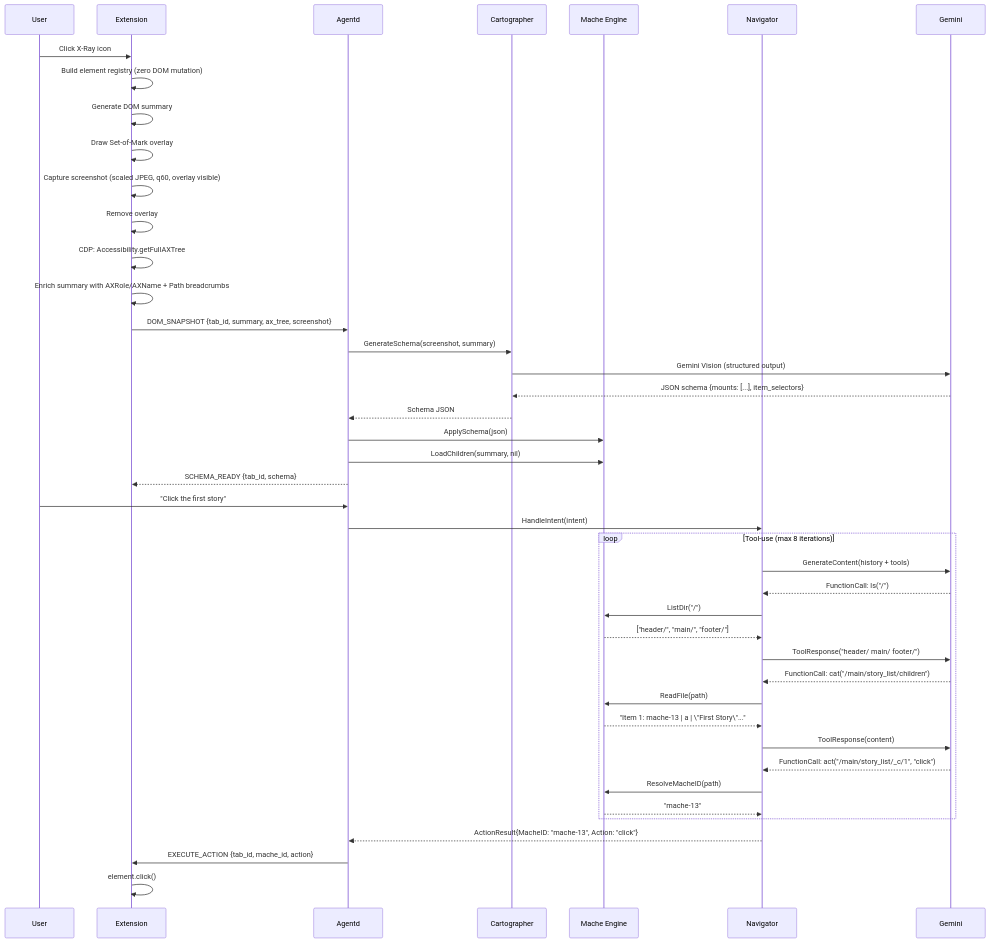
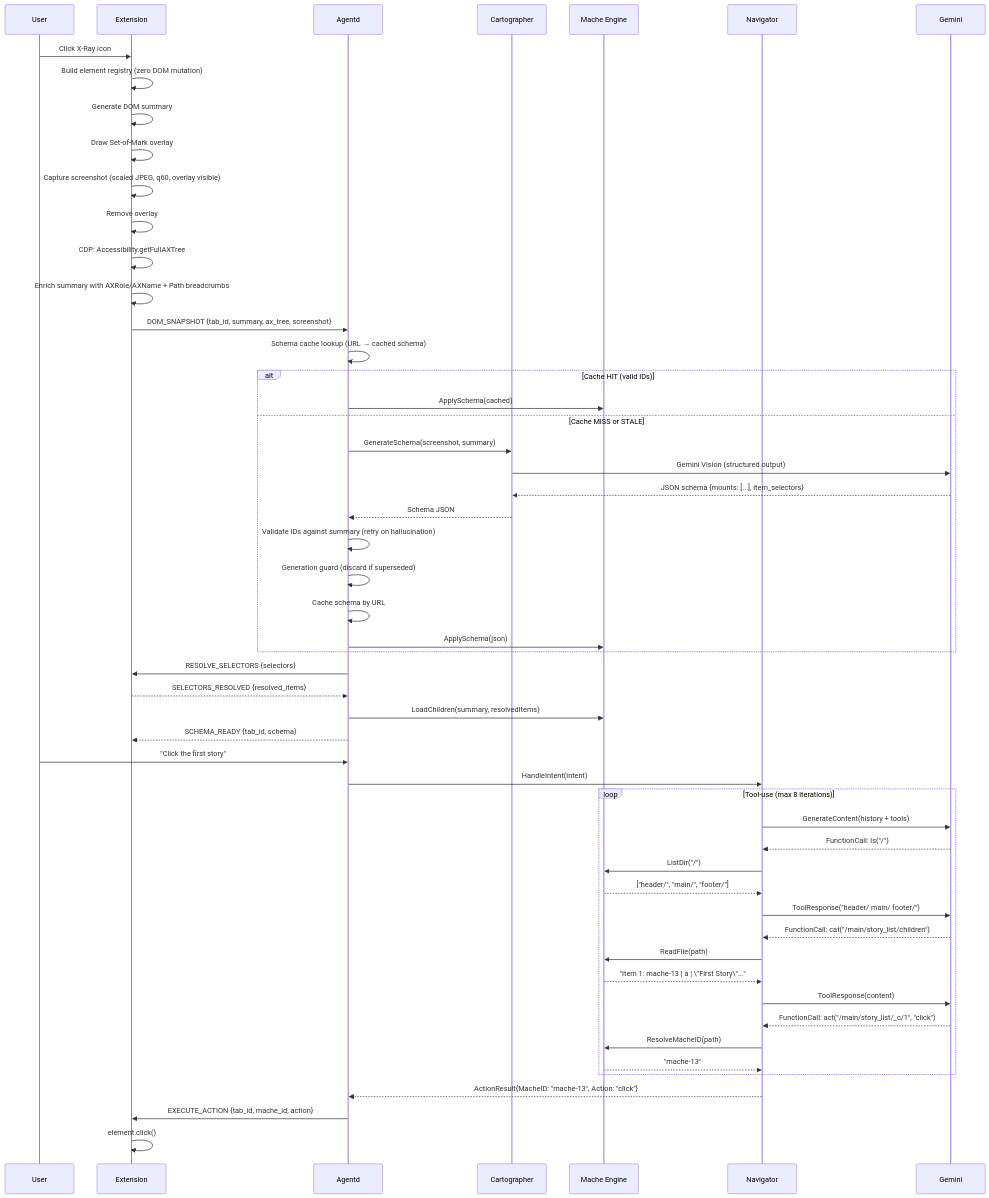
Before and after one commit to agentic-research/x-ray: the second of 7 diagrams in docs/ARCHITECTURE.md, drawn with Mermaid. The commit also changed other lines of this file, not shown here.

First line of the commit message:
docs: Update ARCHITECTURE.md with voice daemon, schema cache, rescan flows

````diff
--- a/docs/ARCHITECTURE.md
+++ b/docs/ARCHITECTURE.md
@@ -54,53 +59,62 @@
 ```mermaid
 sequenceDiagram
     participant U as User
     participant E as Extension
     participant A as Agentd
     participant C as Cartographer
     participant M as Mache Engine
     participant N as Navigator
     participant G as Gemini
 
     U->>E: Click X-Ray icon
     E->>E: Build element registry (zero DOM mutation)
     E->>E: Generate DOM summary
     E->>E: Draw Set-of-Mark overlay
     E->>E: Capture screenshot (scaled JPEG, q60, overlay visible)
     E->>E: Remove overlay
     E->>E: CDP: Accessibility.getFullAXTree
     E->>E: Enrich summary with AXRole/AXName + Path breadcrumbs
     E->>A: DOM_SNAPSHOT {tab_id, summary, ax_tree, screenshot}
 
-    A->>C: GenerateSchema(screenshot, summary)
-    C->>G: Gemini Vision (structured output)
-    G-->>C: JSON schema {mounts: [...], item_selectors}
-    C-->>A: Schema JSON
-
-    A->>M: ApplySchema(json)
-    A->>M: LoadChildren(summary, nil)
+    A->>A: Schema cache lookup (URL → cached schema)
+    alt Cache HIT (valid IDs)
+        A->>M: ApplySchema(cached)
+    else Cache MISS or STALE
+        A->>C: GenerateSchema(screenshot, summary)
+        C->>G: Gemini Vision (structured output)
+        G-->>C: JSON schema {mounts: [...], item_selectors}
+        C-->>A: Schema JSON
+        A->>A: Validate IDs against summary (retry on hallucination)
+        A->>A: Generation guard (discard if superseded)
+        A->>A: Cache schema by URL
+        A->>M: ApplySchema(json)
+    end
+    A->>E: RESOLVE_SELECTORS {selectors}
+    E-->>A: SELECTORS_RESOLVED {resolved_items}
+    A->>M: LoadChildren(summary, resolvedItems)
     A-->>E: SCHEMA_READY {tab_id, schema}
 
     U->>A: "Click the first story"
     A->>N: HandleIntent(intent)
 
     loop Tool-use (max 8 iterations)
         N->>G: GenerateContent(history + tools)
         G-->>N: FunctionCall: ls("/")
         N->>M: ListDir("/")
         M-->>N: ["header/", "main/", "footer/"]
         N->>G: ToolResponse("header/ main/ footer/")
 
         G-->>N: FunctionCall: cat("/main/story_list/children")
         N->>M: ReadFile(path)
         M-->>N: "Item 1: mache-13 | a | \"First Story\"..."
         N->>G: ToolResponse(content)
 
         G-->>N: FunctionCall: act("/main/story_list/_c/1", "click")
         N->>M: ResolveMacheID(path)
         M-->>N: "mache-13"
     end
 
     N-->>A: ActionResult{MacheID: "mache-13", Action: "click"}
     A->>E: EXECUTE_ACTION {tab_id, mache_id, action}
     E->>E: element.click()
 ```
````
